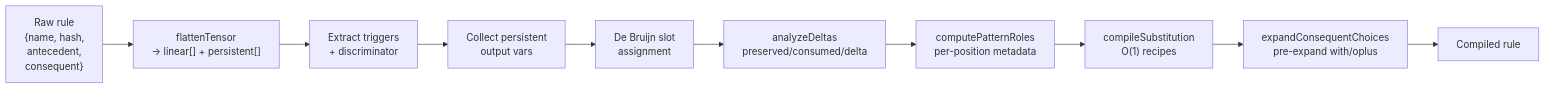
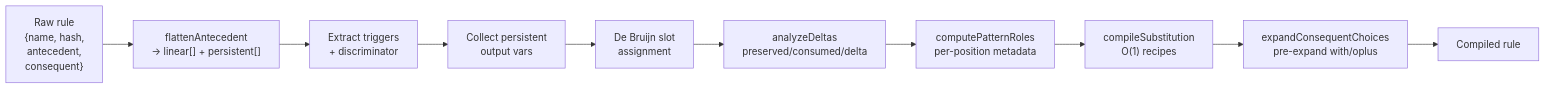
One commit to mhhf/calc changed the seventh of 7 diagrams in doc/documentation/forward-chaining-engine.md. Above: the diagram before and after it, drawn with Mermaid. The commit also changed other lines of this file and 52 other files, not shown here.

````diff
--- a/doc/documentation/forward-chaining-engine.md
+++ b/doc/documentation/forward-chaining-engine.md
@@ -279,15 +279,15 @@
 ```mermaid
 flowchart LR
     RAW["Raw rule<br/>{name, hash,<br/>antecedent,<br/>consequent}"]
 
-    RAW --> F1["flattenTensor<br/>→ linear[] + persistent[]"]
+    RAW --> F1["flattenAntecedent<br/>→ linear[] + persistent[]"]
     F1 --> F2["Extract triggers<br/>+ discriminator"]
     F2 --> F3["Collect persistent<br/>output vars"]
     F3 --> F4["De Bruijn slot<br/>assignment"]
     F4 --> F5["analyzeDeltas<br/>preserved/consumed/delta"]
     F5 --> F6["computePatternRoles<br/>per-position metadata"]
     F6 --> F7["compileSubstitution<br/>O(1) recipes"]
     F7 --> F8["expandConsequentChoices<br/>pre-expand with/oplus"]
 
     F8 --> COMPILED["Compiled rule"]
 ```
````
